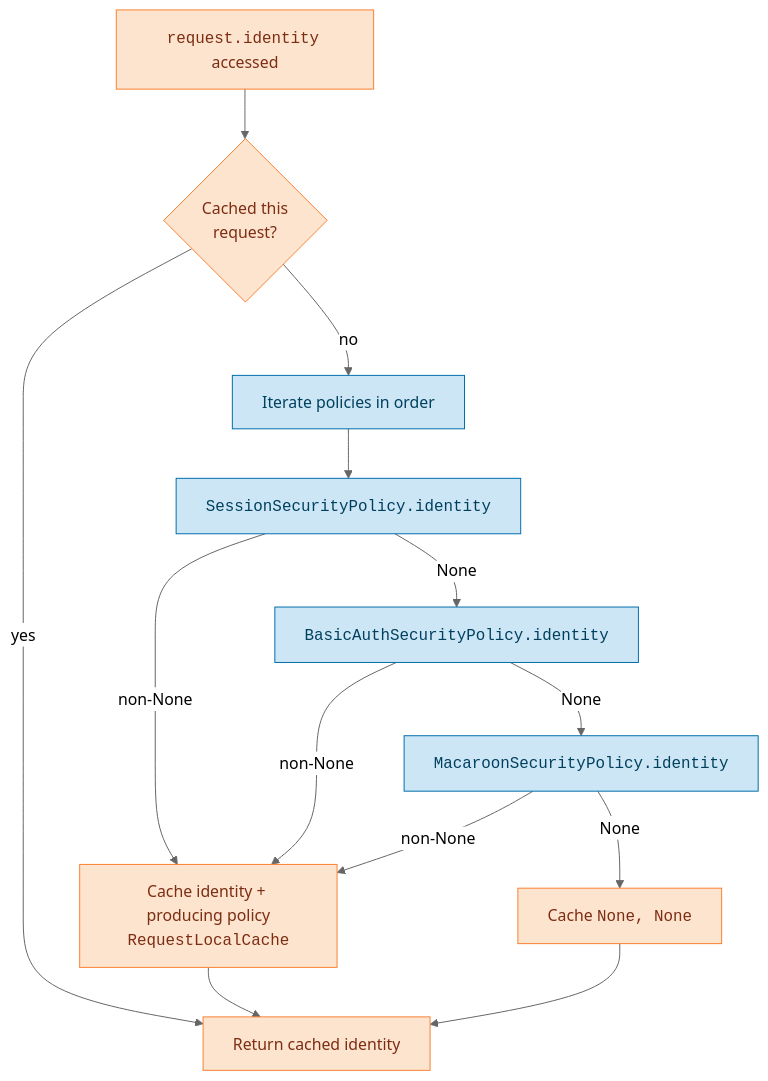
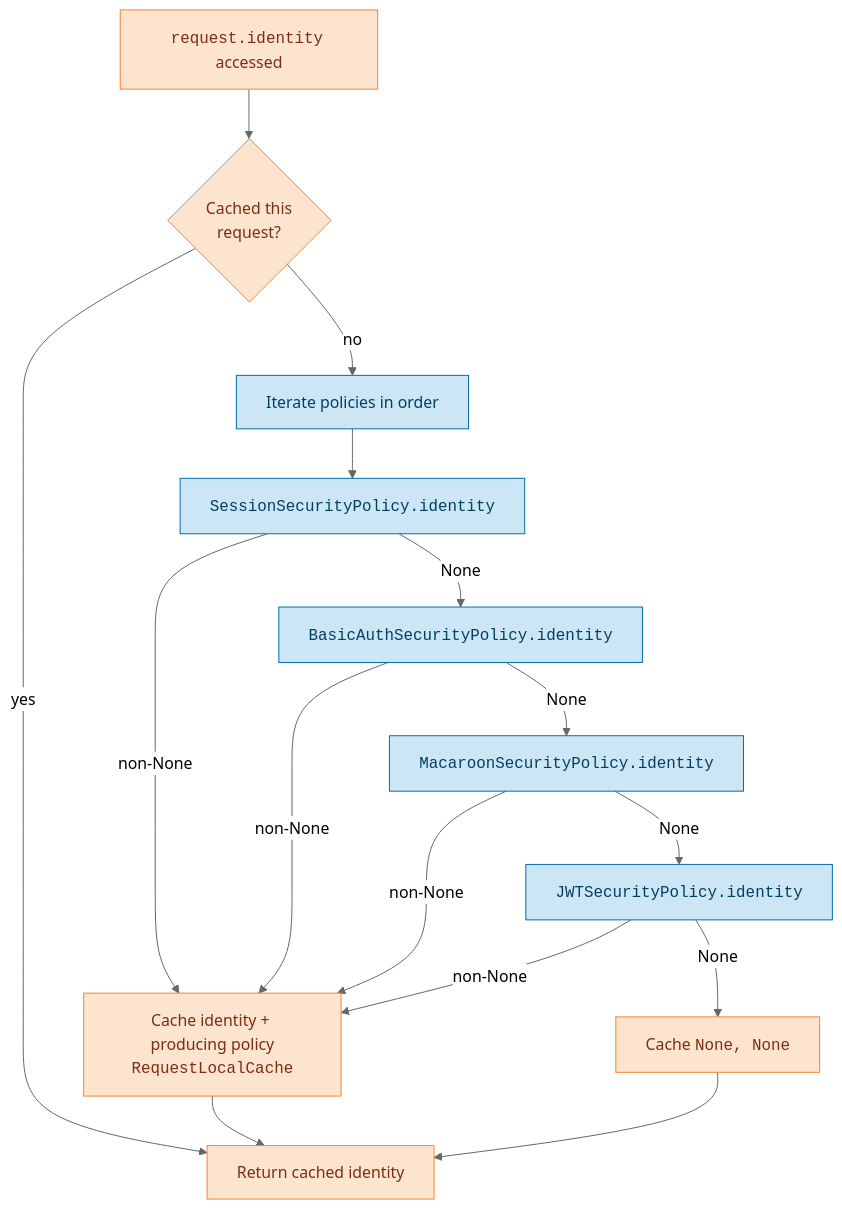
The second of 10 diagrams in docs/dev/security/security-policy-flow.md (ewdurbin/warehouse), drawn with Mermaid (neutral theme) before and after one commit. The commit also changed other lines of this file and 2 other files, not shown here.

Commit message:
docs(jwt): document the trusted publisher trial and security flow

````diff
--- a/docs/dev/security/security-policy-flow.md
+++ b/docs/dev/security/security-policy-flow.md
@@ -124,17 +130,19 @@
 ```mermaid
 flowchart TD
     START[<code>request.identity</code> accessed]:::pyramid --> CACHE{Cached this<br/>request?}:::pyramid
     CACHE -->|yes| RET[Return cached identity]:::pyramid
     CACHE -->|no| LOOP[Iterate policies in order]:::warehouse
     LOOP --> P1[<code>SessionSecurityPolicy.identity</code>]:::warehouse
     P1 -->|non-None| STORE[Cache identity + producing policy<br/><code>RequestLocalCache</code>]:::pyramid
     P1 -->|None| P2[<code>BasicAuthSecurityPolicy.identity</code>]:::warehouse
     P2 -->|non-None| STORE
     P2 -->|None| P3[<code>MacaroonSecurityPolicy.identity</code>]:::warehouse
     P3 -->|non-None| STORE
-    P3 -->|None| NONE[Cache <code>None, None</code>]:::pyramid
+    P3 -->|None| P4[<code>JWTSecurityPolicy.identity</code>]:::warehouse
+    P4 -->|non-None| STORE
+    P4 -->|None| NONE[Cache <code>None, None</code>]:::pyramid
     STORE --> RET
     NONE --> RET
     classDef pyramid fill:#fde4cf,stroke:#f98131,color:#7c2d12
     classDef warehouse fill:#cde6f5,stroke:#006dad,color:#00405f
 ```
````
